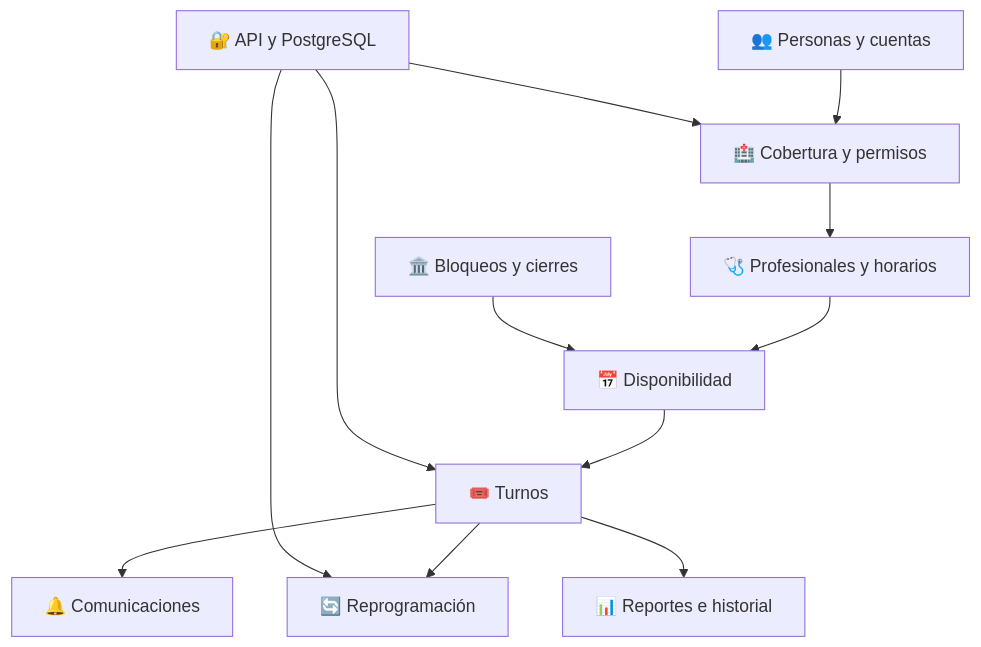
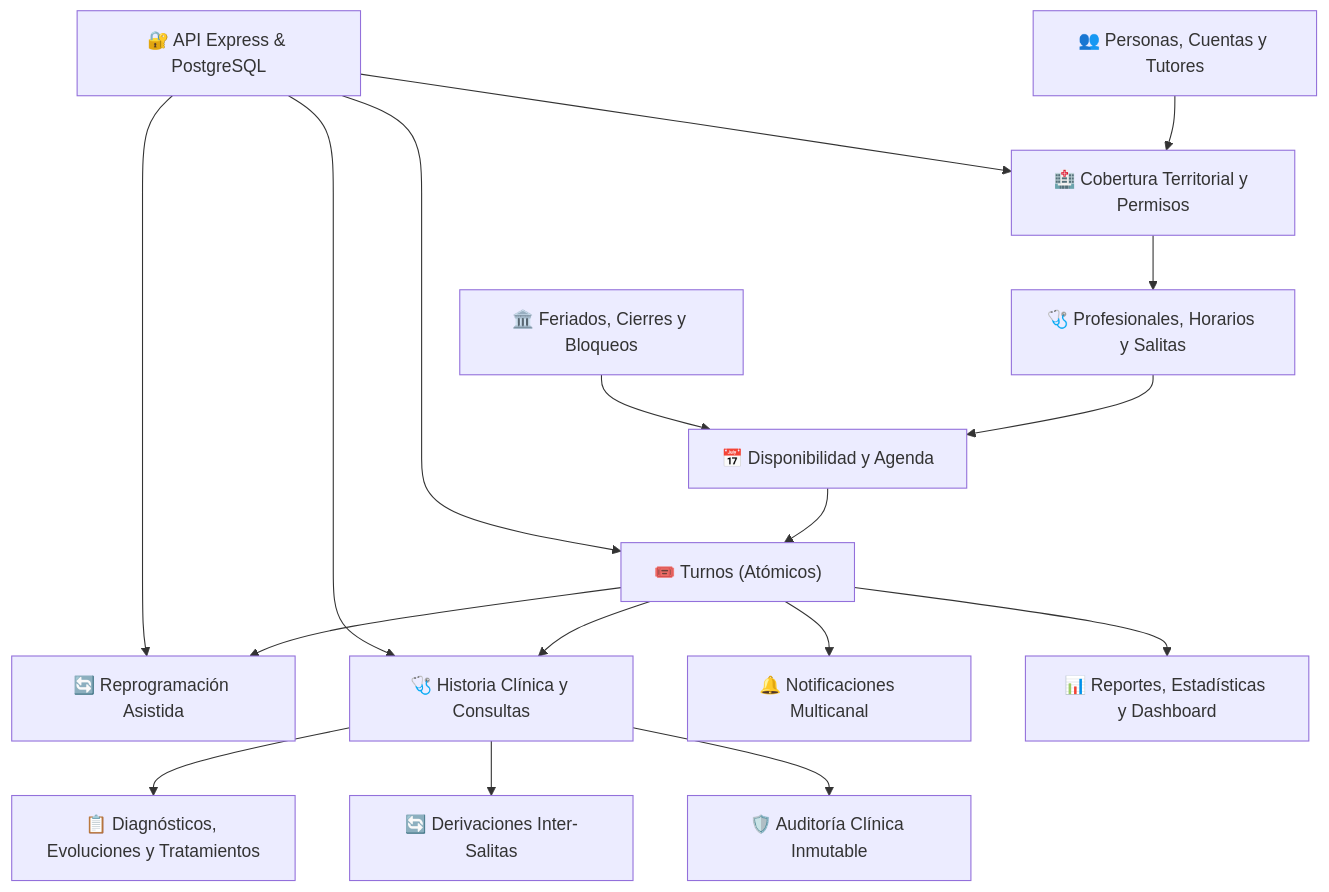
One commit to Arhiell/SAPS_Turno changed the diagram in docs/README.md. Above: the diagram before and after it, drawn with Mermaid. The commit also changed other lines of this file and 13 other files, not shown here.

````diff
--- a/docs/README.md
+++ b/docs/README.md
@@ -39,14 +46,19 @@
 ```mermaid
 flowchart TD
-    P["👥 Personas y cuentas"] --> C["🏥 Cobertura y permisos"]
-    C --> A["🩺 Profesionales y horarios"]
-    A --> D["📅 Disponibilidad"]
-    K["🏛️ Bloqueos y cierres"] --> D
-    D --> T["🎟️ Turnos"]
-    T --> R["🔄 Reprogramación"]
-    T --> N["🔔 Comunicaciones"]
-    T --> I["📊 Reportes e historial"]
-    S["🔐 API y PostgreSQL"] --> C
+    P["👥 Personas, Cuentas y Tutores"] --> C["🏥 Cobertura Territorial y Permisos"]
+    C --> A["🩺 Profesionales, Horarios y Salitas"]
+    A --> D["📅 Disponibilidad y Agenda"]
+    K["🏛️ Feriados, Cierres y Bloqueos"] --> D
+    D --> T["🎟️ Turnos (Atómicos)"]
+    T --> R["🔄 Reprogramación Asistida"]
+    T --> H["🩺 Historia Clínica y Consultas"]
+    H --> E["📋 Diagnósticos, Evoluciones y Tratamientos"]
+    H --> X["🔄 Derivaciones Inter-Salitas"]
+    H --> AUD["🛡️ Auditoría Clínica Inmutable"]
+    T --> N["🔔 Notificaciones Multicanal"]
+    T --> I["📊 Reportes, Estadísticas y Dashboard"]
+    S["🔐 API Express & PostgreSQL"] --> C
     S --> T
+    S --> H
     S --> R
 ```
````
